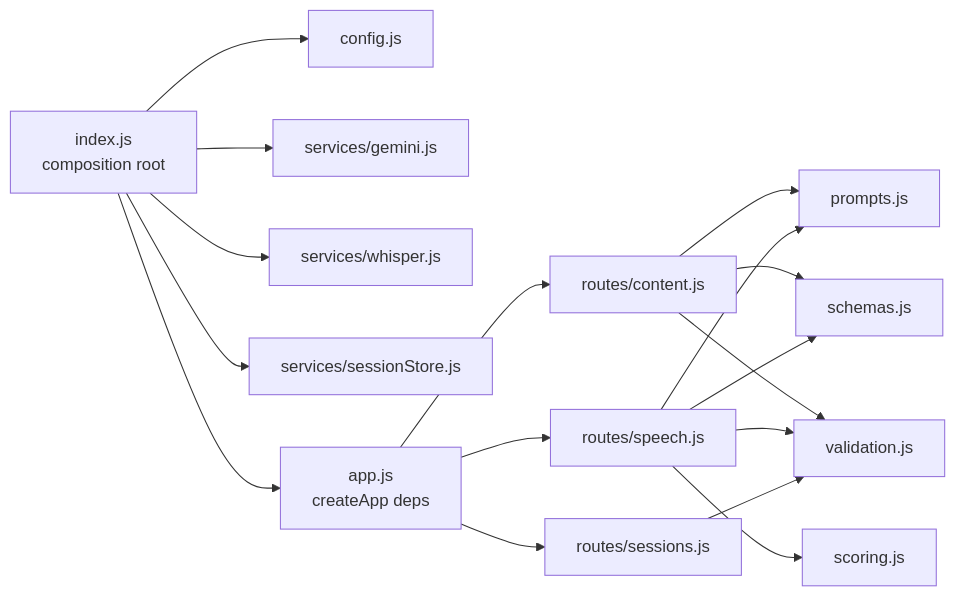
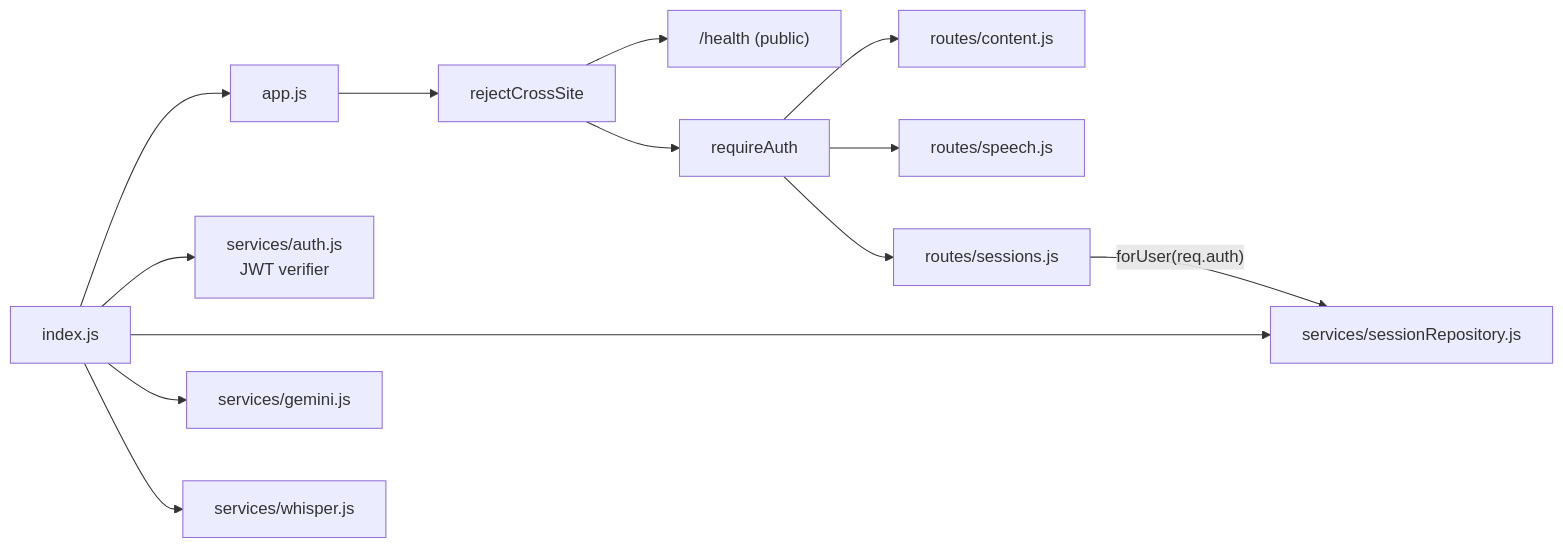
Before and after one commit to taya12hu/Speak-Up: the second of 3 diagrams in ARCHITECTURE.md, drawn with Mermaid. The commit also changed other lines of this file and 3 other files, not shown here.

````diff
--- a/ARCHITECTURE.md
+++ b/ARCHITECTURE.md
@@ -56,15 +63,15 @@
 ```mermaid
 flowchart LR
-  index[index.js<br/>composition root] --> config[config.js]
+  index[index.js] --> app[app.js]
+  index --> authSvc[services/auth.js<br/>JWT verifier]
+  index --> repo[services/sessionRepository.js]
   index --> gemini[services/gemini.js]
   index --> whisperSvc[services/whisper.js]
-  index --> storeSvc[services/sessionStore.js]
-  index --> app[app.js<br/>createApp deps]
-  app --> content[routes/content.js]
-  app --> speech[routes/speech.js]
-  app --> sessions[routes/sessions.js]
-  content & speech --> prompts[prompts.js]
-  content & speech --> schemas[schemas.js]
-  speech --> scoring[scoring.js]
-  content & speech & sessions --> validation[validation.js]
+  app --> xsite[rejectCrossSite]
+  xsite --> health["/health (public)"]
+  xsite --> requireAuth[requireAuth]
+  requireAuth --> content[routes/content.js]
+  requireAuth --> speech[routes/speech.js]
+  requireAuth --> sessions[routes/sessions.js]
+  sessions -- "forUser(req.auth)" --> repo
 ```
````
